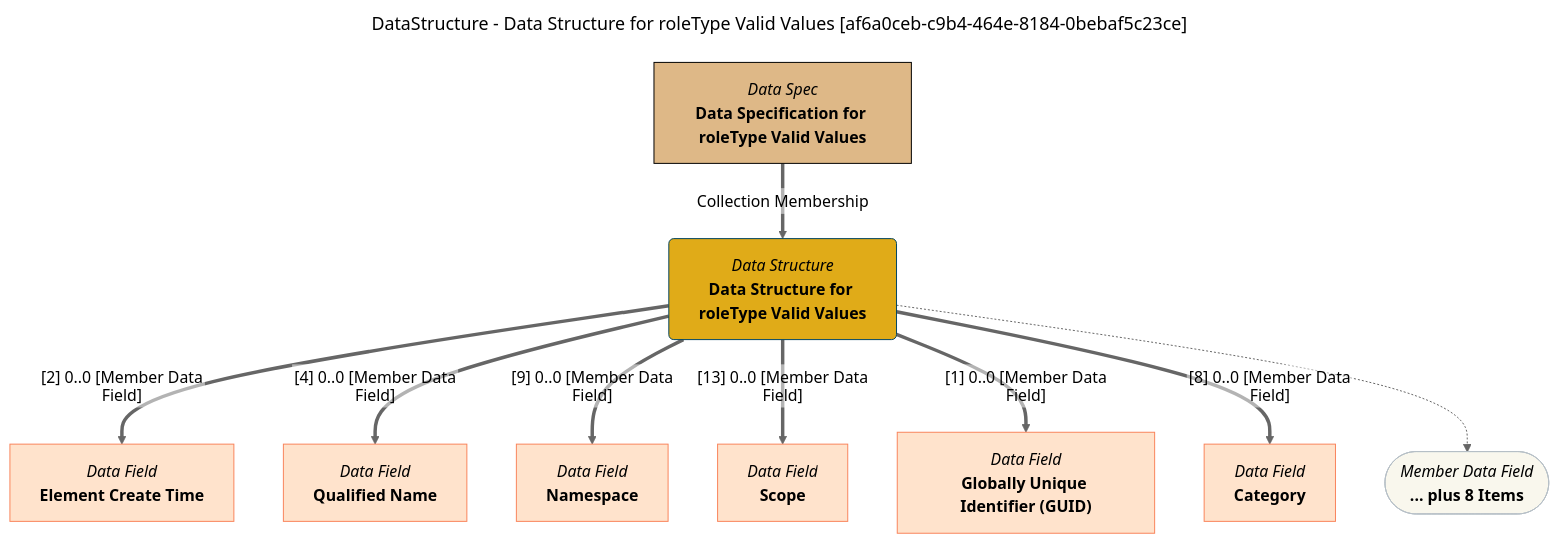
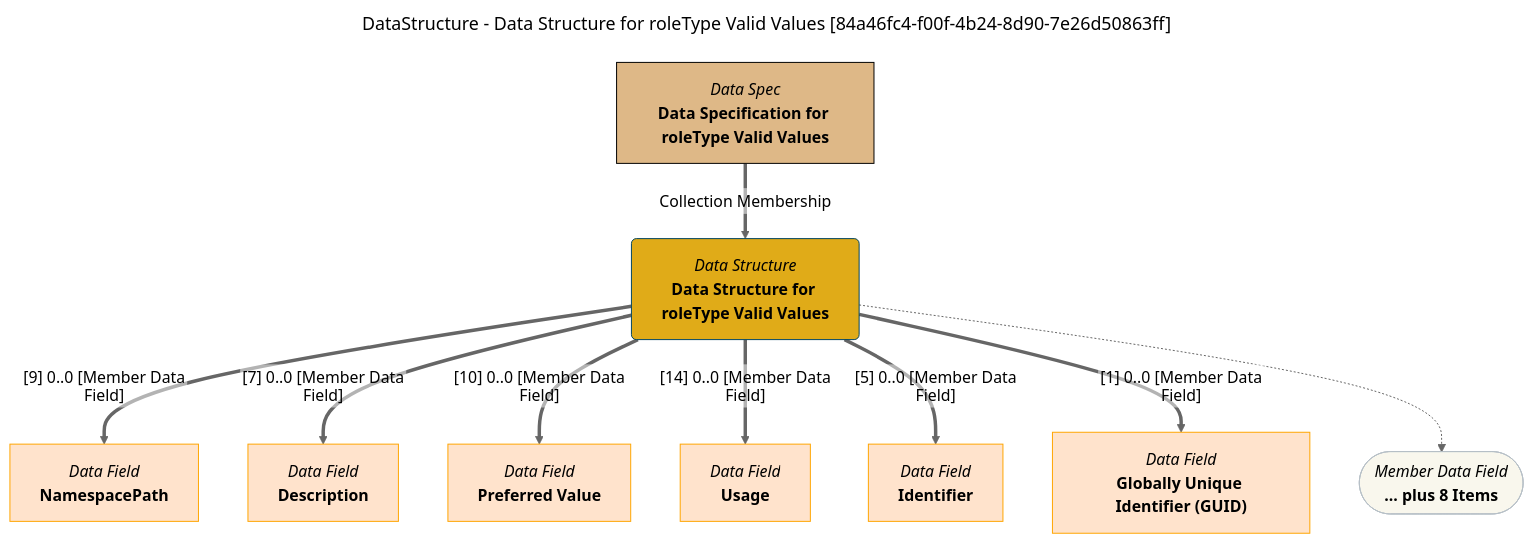
One commit to odpi/egeria-docs changed the diagram in site/snippets/data-structures/data-structure-for-roletype-valid-values-mermaid-graph.md. Above: the diagram before and after it, drawn with Mermaid (neutral theme). The commit also changed 2201 other files, not shown here.

````diff
--- a/site/snippets/data-structures/data-structure-for-roletype-valid-values-mermaid-graph.md
+++ b/site/snippets/data-structures/data-structure-for-roletype-valid-values-mermaid-graph.md
@@ -1,43 +1,43 @@
 ```mermaid
 ---
-title: DataStructure - Data Structure for roleType Valid Values [af6a0ceb-c9b4-464e-8184-0bebaf5c23ce]
+title: DataStructure - Data Structure for roleType Valid Values [84a46fc4-f00f-4b24-8d90-7e26d50863ff]
 ---
 flowchart TD
 %%{init: {"flowchart": {"htmlLabels": false}} }%%
 
 1@{ shape: rounded, label: "*Data Structure*
 **Data Structure for roleType Valid Values**"}
 2@{ shape: rect, label: "*Data Spec*
 **Data Specification for roleType Valid Values**"}
 2==>|"Collection Membership"|1
 3@{ shape: rect, label: "*Data Field*
-**Element Create Time**"}
-1==>|"[2] 0..0 [Member Data Field]"|3
+**NamespacePath**"}
+1==>|"[9] 0..0 [Member Data Field]"|3
 4@{ shape: rect, label: "*Data Field*
-**Qualified Name**"}
-1==>|"[4] 0..0 [Member Data Field]"|4
+**Description**"}
+1==>|"[7] 0..0 [Member Data Field]"|4
 5@{ shape: rect, label: "*Data Field*
-**Namespace**"}
-1==>|"[9] 0..0 [Member Data Field]"|5
+**Preferred Value**"}
+1==>|"[10] 0..0 [Member Data Field]"|5
 6@{ shape: rect, label: "*Data Field*
-**Scope**"}
-1==>|"[13] 0..0 [Member Data Field]"|6
+**Usage**"}
+1==>|"[14] 0..0 [Member Data Field]"|6
 7@{ shape: rect, label: "*Data Field*
+**Identifier**"}
+1==>|"[5] 0..0 [Member Data Field]"|7
+8@{ shape: rect, label: "*Data Field*
 **Globally Unique Identifier (GUID)**"}
-1==>|"[1] 0..0 [Member Data Field]"|7
-8@{ shape: rect, label: "*Data Field*
-**Category**"}
-1==>|"[8] 0..0 [Member Data Field]"|8
+1==>|"[1] 0..0 [Member Data Field]"|8
 9@{ shape: stadium, label: "*Member Data Field*
 **... plus 8 Items**"}
 1-.->9
 style 1 color:#000000, fill:#e0ab18, stroke:#004563
-style 2 color:#000000, fill:#deb887, stroke:#000000
-style 3 color:#000000, fill:#ffe3cc, stroke:#f9845b
-style 4 color:#000000, fill:#ffe3cc, stroke:#f9845b
-style 5 color:#000000, fill:#ffe3cc, stroke:#f9845b
-style 6 color:#000000, fill:#ffe3cc, stroke:#f9845b
-style 7 color:#000000, fill:#ffe3cc, stroke:#f9845b
-style 8 color:#000000, fill:#ffe3cc, stroke:#f9845b
+style 2 color:#000000, fill:#DEB887, stroke:#000000
+style 3 color:#000000, fill:#ffe3cc, stroke:#FFA500
+style 4 color:#000000, fill:#ffe3cc, stroke:#FFA500
+style 5 color:#000000, fill:#ffe3cc, stroke:#FFA500
+style 6 color:#000000, fill:#ffe3cc, stroke:#FFA500
+style 7 color:#000000, fill:#ffe3cc, stroke:#FFA500
+style 8 color:#000000, fill:#ffe3cc, stroke:#FFA500
 style 9 color:#000000, fill:#F9F7ED, stroke:#b7c0c7
 ```
````
